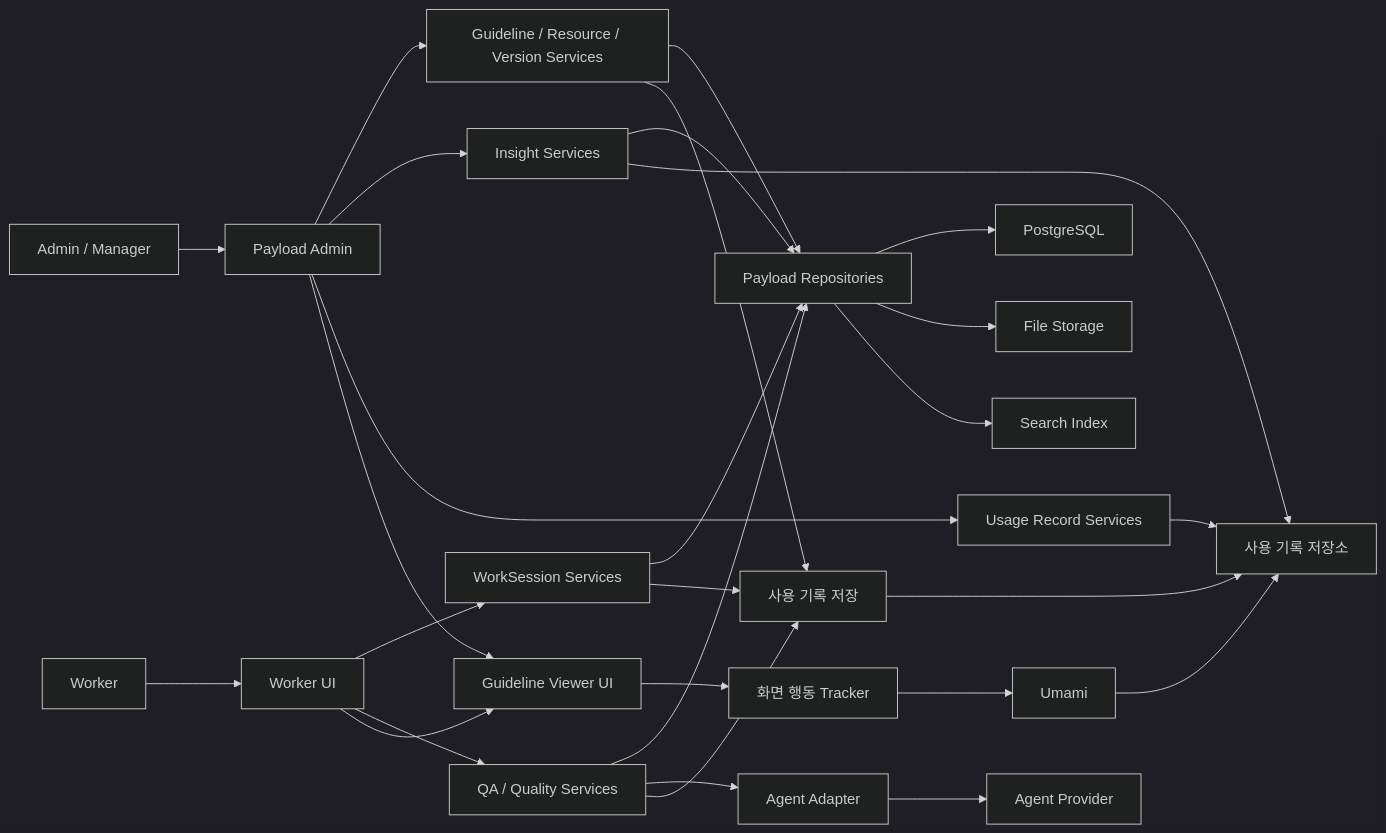
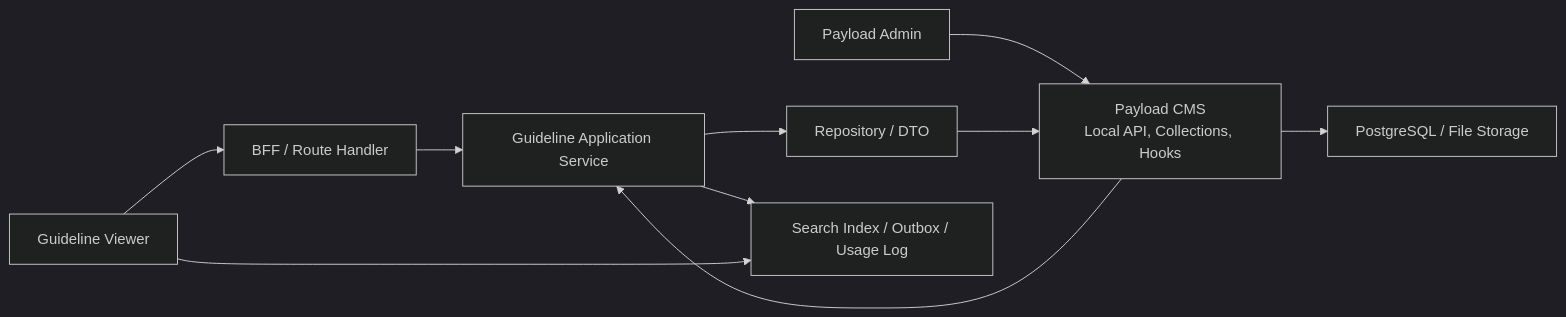
Before and after one commit to ewoooo/living-brand-system: the diagram in docs/05-system-architecture.md, drawn with Mermaid (dark theme). The commit also changed other lines of this file and 3 other files, not shown here.

````diff
--- a/docs/05-system-architecture.md
+++ b/docs/05-system-architecture.md
@@ -130,51 +75,21 @@
 ```mermaid
 flowchart LR
-  Admin["Admin / Manager"]
-  Worker["Worker"]
-  PayloadAdmin["Payload Admin"]
-  WorkerUI["Worker UI"]
-  GuidelineViewerUI["Guideline Viewer UI"]
-  GuidelineSvc["Guideline / Resource / Version Services"]
-  WorkSvc["WorkSession Services"]
-  QualitySvc["QA / Quality Services"]
-  InsightSvc["Insight Services"]
-  LogSvc["Usage Record Services"]
-  EventLogWriter["사용 기록 저장"]
-  BehaviorTracker["화면 행동 Tracker"]
-  Repo["Payload Repositories"]
-  AgentAdapter["Agent Adapter"]
-  PayloadDB["PostgreSQL"]
-  FileStorage["File Storage"]
-  SearchIndex["Search Index"]
-  AgentProvider["Agent Provider"]
-  LogStore["사용 기록 저장소"]
-  Umami["Umami"]
+  Viewer["Guideline Viewer"]
+  Admin["Payload Admin"]
+  BFF["BFF / Route Handler"]
+  Service["Guideline Application Service"]
+  Repo["Repository / DTO"]
+  Payload["Payload CMS<br/>Local API, Collections, Hooks"]
+  DB["PostgreSQL / File Storage"]
+  Async["Search Index / Outbox / Usage Log"]
 
-  Admin --> PayloadAdmin
-  Worker --> WorkerUI
-  PayloadAdmin --> GuidelineSvc
-  PayloadAdmin --> InsightSvc
-  PayloadAdmin --> LogSvc
-  WorkerUI --> WorkSvc
-  WorkerUI --> QualitySvc
-  WorkerUI --> GuidelineViewerUI
-  PayloadAdmin --> GuidelineViewerUI
-  GuidelineViewerUI --> BehaviorTracker
-  GuidelineSvc --> Repo
-  WorkSvc --> Repo
-  QualitySvc --> Repo
-  InsightSvc --> Repo
-  LogSvc --> LogStore
-  QualitySvc --> AgentAdapter
-  InsightSvc --> LogStore
-  GuidelineSvc --> EventLogWriter
-  WorkSvc --> EventLogWriter
-  QualitySvc --> EventLogWriter
-  EventLogWriter --> LogStore
-  BehaviorTracker --> Umami
-  Umami --> LogStore
-  Repo --> PayloadDB
-  Repo --> FileStorage
-  Repo --> SearchIndex
-  AgentAdapter --> AgentProvider
+  Viewer --> BFF
+  BFF --> Service
+  Admin --> Payload
+  Payload --> Service
+  Service --> Repo
+  Repo --> Payload
+  Payload --> DB
+  Service --> Async
+  Viewer --> Async
 ```
````
